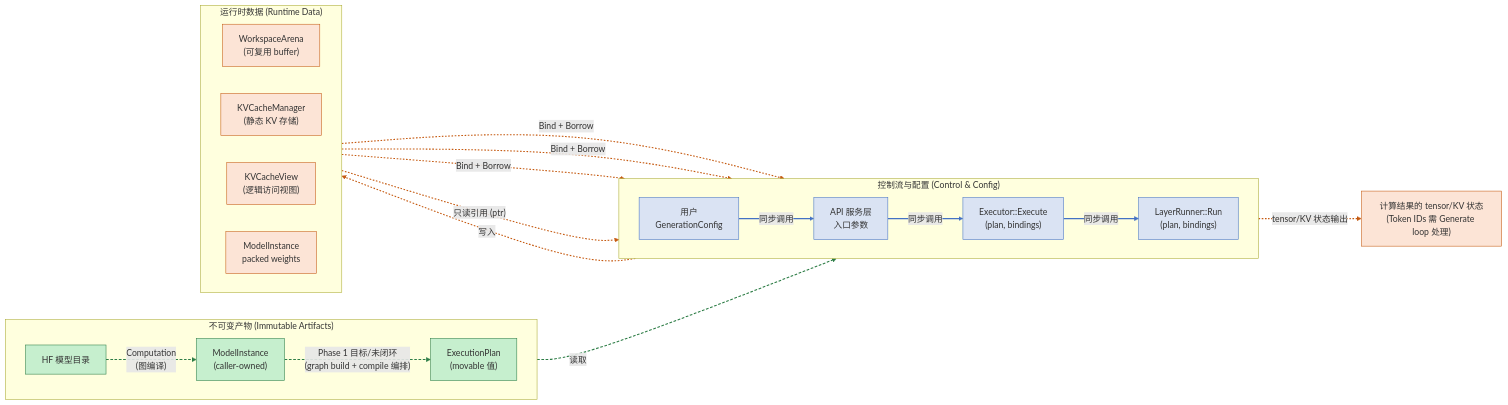
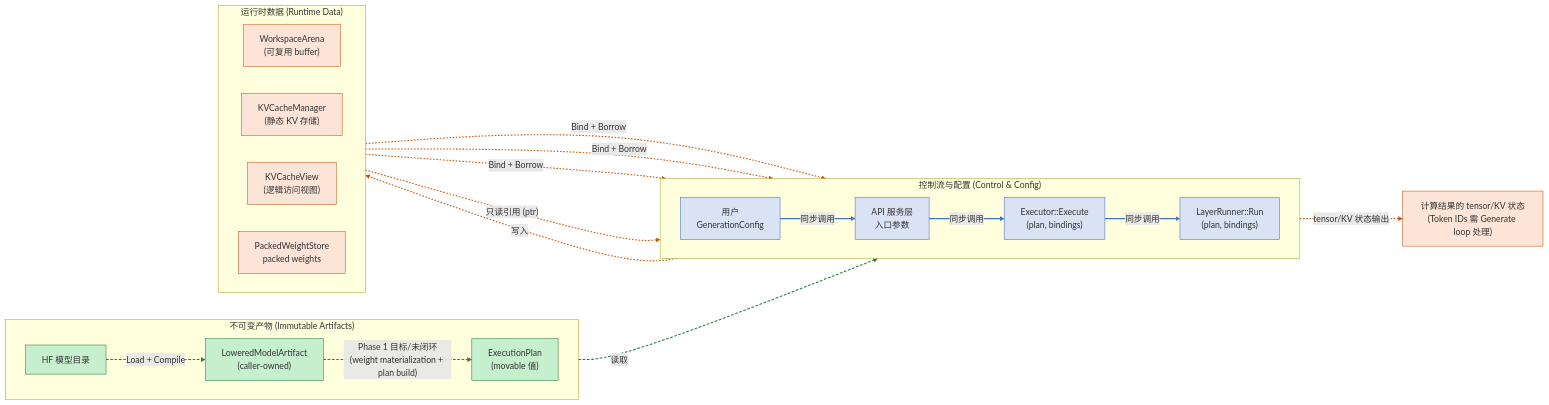
The fourth of 5 diagrams in docs/designs/architecture/architecture_overview.md (fengjiran/AetherMind), drawn with Mermaid before and after one commit. The commit also changed other lines of this file and 15 other files, not shown here.

First line of the commit message:
docs: sync docs with PackedWeightStore and LoweredModelArtifact naming

````diff
--- a/docs/designs/architecture/architecture_overview.md
+++ b/docs/designs/architecture/architecture_overview.md
@@ -254,39 +254,39 @@
 ```mermaid
 flowchart LR
     subgraph CTRL["控制流与配置 (Control & Config)"]
         direction LR
         A1["用户<br/>GenerationConfig"] -->|"同步调用"| A2["API 服务层<br/>入口参数"]
         A2 -->|"同步调用"| A3["Executor::Execute<br/>(plan, bindings)"]
         A3 -->|"同步调用"| A4["LayerRunner::Run<br/>(plan, bindings)"]
     end
 
     subgraph ART["不可变产物 (Immutable Artifacts)"]
         direction LR
-        B1["HF 模型目录"] -->|"Computation<br/>(图编译)"| B2["ModelInstance<br/>(caller-owned)"]
-        B2 -->|"Phase 1 目标/未闭环<br/>(graph build + compile 编排)"| B3["ExecutionPlan<br/>(movable 值)"]
+        B1["HF 模型目录"] -->|"Load + Compile"| B2["LoweredModelArtifact<br/>(caller-owned)"]
+        B2 -->|"Phase 1 目标/未闭环<br/>(weight materialization + plan build)"| B3["ExecutionPlan<br/>(movable 值)"]
         B3 -->|"读取"| A3
     end
 
     subgraph DATA["运行时数据 (Runtime Data)"]
         direction LR
         C1["WorkspaceArena<br/>(可复用 buffer)"] -->|"Bind + Borrow"| A4
         C2["KVCacheManager<br/>(静态 KV 存储)"] -->|"Bind + Borrow"| A4
         C3["KVCacheView<br/>(逻辑访问视图)"] -->|"Bind + Borrow"| A4
-        C4["ModelInstance<br/>packed weights"] -->|"只读引用 (ptr)"| A4
+        C4["PackedWeightStore<br/>packed weights"] -->|"只读引用 (ptr)"| A4
     end
 
     A4 -->|"写入"| C2
     A4 -->|"tensor/KV 状态输出"| D1["计算结果的 tensor/KV 状态<br/>(Token IDs 需 Generate loop 处理)"]
 
     classDef ctrl fill:#dae3f3,stroke:#4472c4
     classDef artifact fill:#c6efce,stroke:#2d7d46
     classDef runtime fill:#fce4d6,stroke:#c55a11
 
     class A1,A2,A3,A4 ctrl
     class B1,B2,B3 artifact
     class C1,C2,C3,C4,D1 runtime
 
     linkStyle 0,1,2 stroke:#4472c4,stroke-width:2px
     linkStyle 3,4,5 stroke:#2d7d46,stroke-width:2px,stroke-dasharray:5 3
     linkStyle 6,7,8,9,10,11 stroke:#c55a11,stroke-width:2px,stroke-dasharray:3 3
 ```
````
